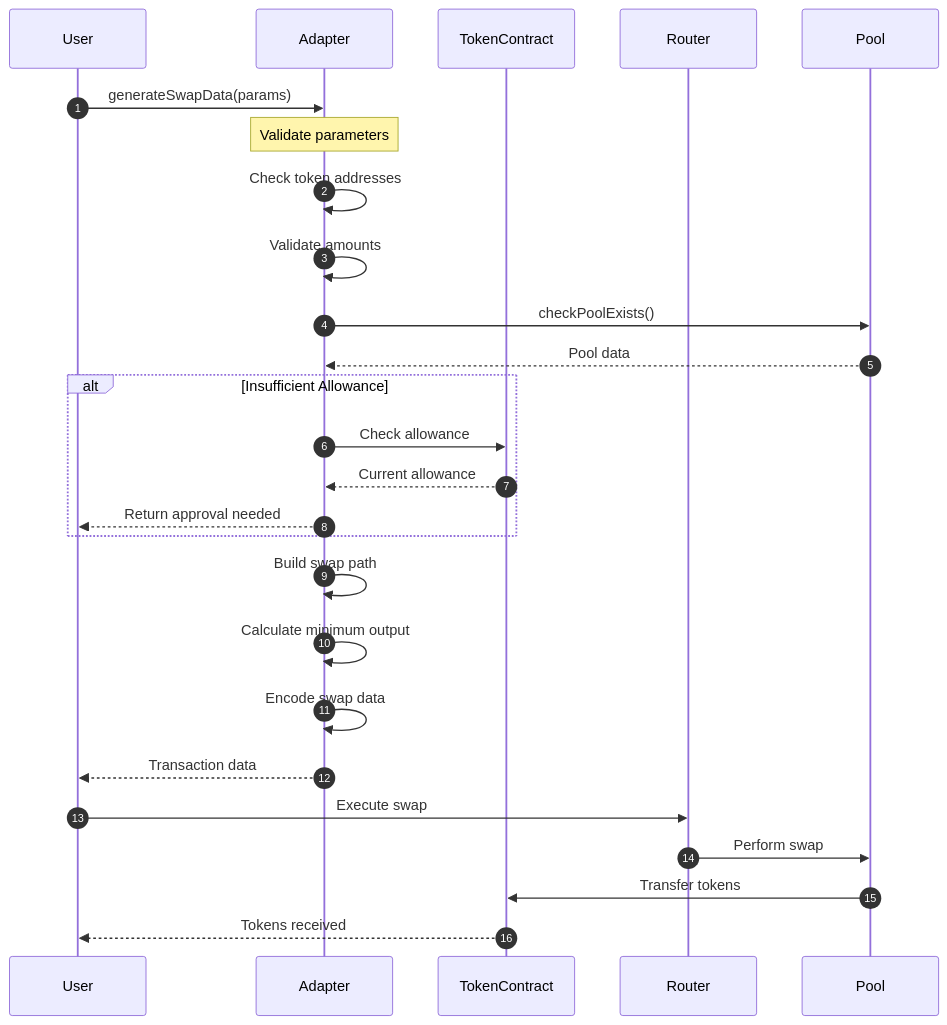
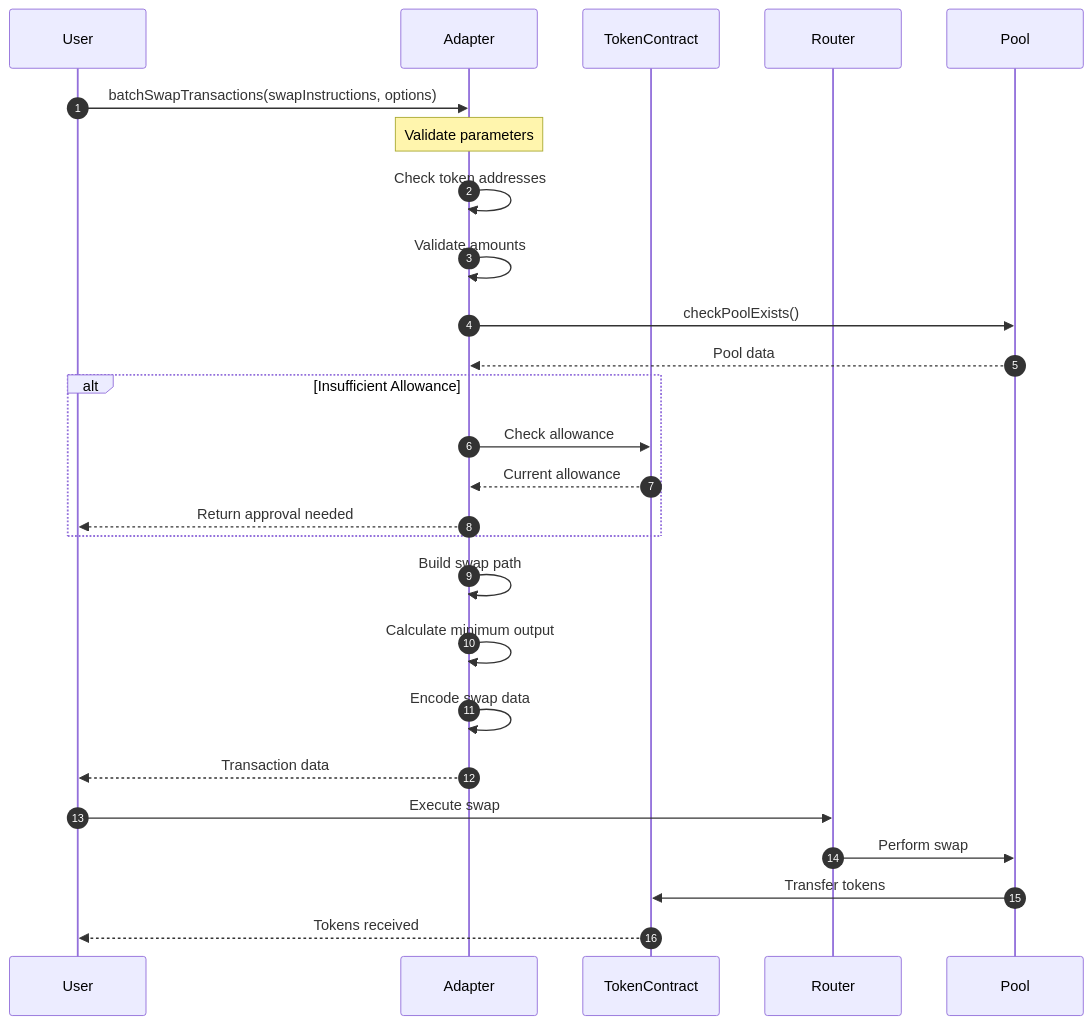
Before and after one commit to derrek-b/fum_project: the second of 5 diagrams in docs/diagrams/mermaid/data-flow.md, drawn with Mermaid. The commit also changed 28 other files, not shown here.

First line of the commit message:
WIP - platform-agnosticism refactor: V4 adapter swap + position creation

````diff
--- a/docs/diagrams/mermaid/data-flow.md
+++ b/docs/diagrams/mermaid/data-flow.md
@@ -39,35 +39,35 @@
 ```mermaid
 sequenceDiagram
     autonumber
     participant User
     participant Adapter
     participant TokenContract
     participant Router
     participant Pool
     
-    User->>Adapter: generateSwapData(params)
+    User->>Adapter: batchSwapTransactions(swapInstructions, options)
     
     Note over Adapter: Validate parameters
     Adapter->>Adapter: Check token addresses
     Adapter->>Adapter: Validate amounts
     
     Adapter->>Pool: checkPoolExists()
     Pool-->>Adapter: Pool data
     
     alt Insufficient Allowance
         Adapter->>TokenContract: Check allowance
         TokenContract-->>Adapter: Current allowance
         Adapter-->>User: Return approval needed
     end
     
     Adapter->>Adapter: Build swap path
     Adapter->>Adapter: Calculate minimum output
     Adapter->>Adapter: Encode swap data
     
     Adapter-->>User: Transaction data
     
     User->>Router: Execute swap
     Router->>Pool: Perform swap
     Pool->>TokenContract: Transfer tokens
     TokenContract-->>User: Tokens received
 ```
````
